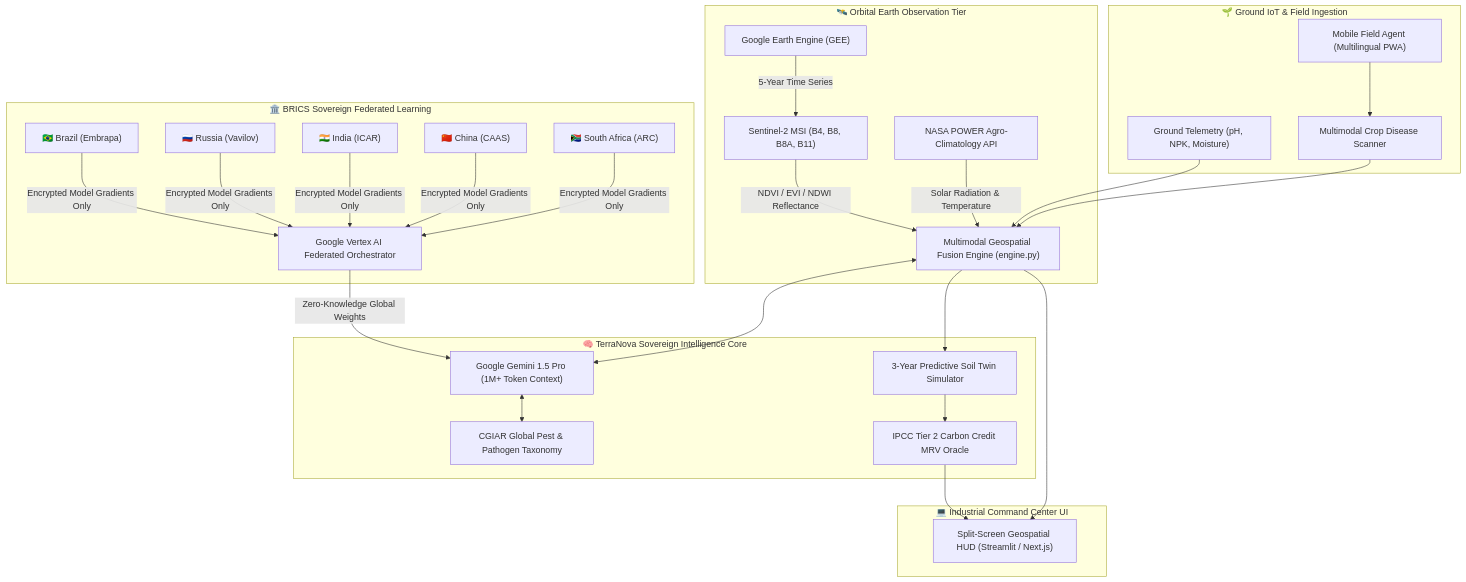
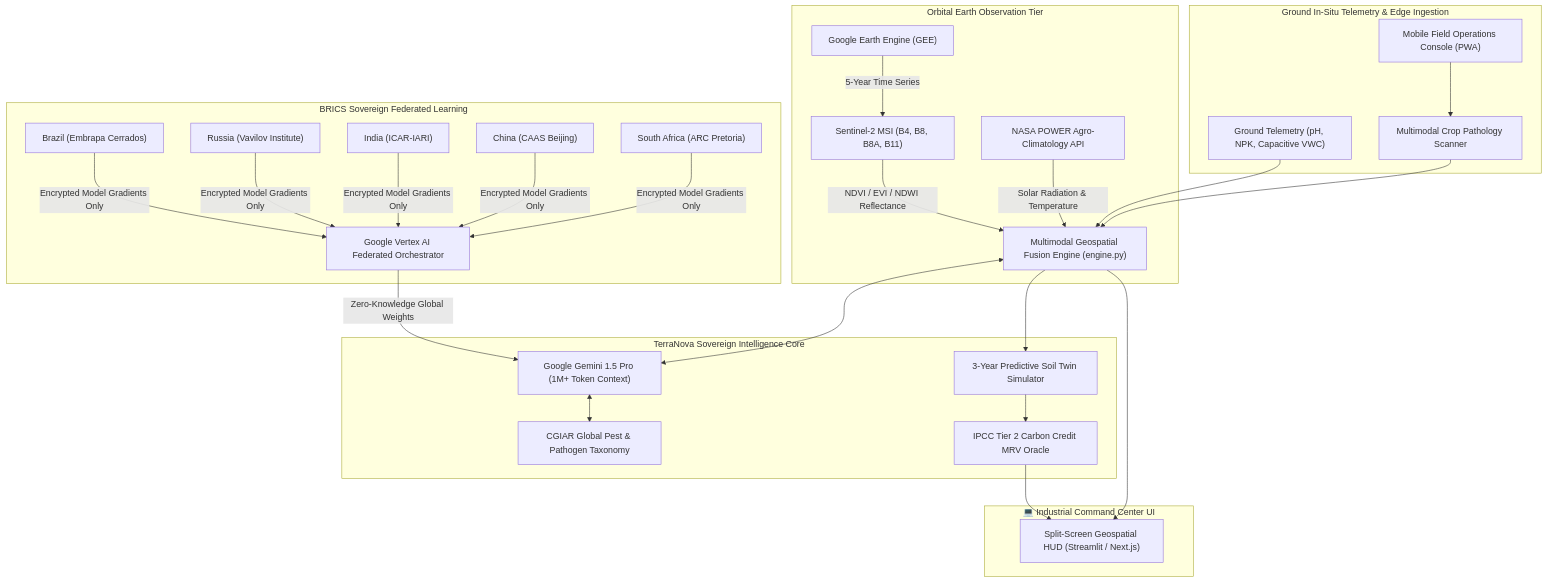
One commit to Sajjad371/terranova-brics changed the diagram in WHITE_PAPER.md. Above: the diagram before and after it, drawn with Mermaid.

Commit message:
docs: polish white paper architecture diagram with enterprise styling

````diff
--- a/WHITE_PAPER.md
+++ b/WHITE_PAPER.md
@@ -18,51 +18,51 @@
 ```mermaid
 flowchart TD
-    subgraph Earth_Observation["🛰️ Orbital Earth Observation Tier"]
+    subgraph Earth_Observation["Orbital Earth Observation Tier"]
         GEE["Google Earth Engine (GEE)"]
         S2["Sentinel-2 MSI (B4, B8, B8A, B11)"]
         NP["NASA POWER Agro-Climatology API"]
         GEE -->|5-Year Time Series| S2
         S2 -->|NDVI / EVI / NDWI Reflectance| FUSION_ENGINE
         NP -->|Solar Radiation & Temperature| FUSION_ENGINE
     end
 
-    subgraph Ground_Tier["🌱 Ground IoT & Field Ingestion"]
-        SOIL_SENSORS["Ground Telemetry (pH, NPK, Moisture)"]
-        FIELD_APP["Mobile Field Agent (Multilingual PWA)"]
-        FOLIAGE_CAM["Multimodal Crop Disease Scanner"]
+    subgraph Ground_Tier["Ground In-Situ Telemetry & Edge Ingestion"]
+        SOIL_SENSORS["Ground Telemetry (pH, NPK, Capacitive VWC)"]
+        FIELD_APP["Mobile Field Operations Console (PWA)"]
+        FOLIAGE_CAM["Multimodal Crop Pathology Scanner"]
         SOIL_SENSORS --> FUSION_ENGINE
         FIELD_APP --> FOLIAGE_CAM
         FOLIAGE_CAM --> FUSION_ENGINE
     end
 
-    subgraph Reasoning_Core["🧠 TerraNova Sovereign Intelligence Core"]
+    subgraph Reasoning_Core["TerraNova Sovereign Intelligence Core"]
         FUSION_ENGINE["Multimodal Geospatial Fusion Engine (engine.py)"]
         GEMINI["Google Gemini 1.5 Pro (1M+ Token Context)"]
         CGIAR["CGIAR Global Pest & Pathogen Taxonomy"]
         TWIN_SIM["3-Year Predictive Soil Twin Simulator"]
         CARBON_ORACLE["IPCC Tier 2 Carbon Credit MRV Oracle"]
         
         FUSION_ENGINE <--> GEMINI
         GEMINI <--> CGIAR
         FUSION_ENGINE --> TWIN_SIM
         TWIN_SIM --> CARBON_ORACLE
     end
 
-    subgraph Sovereign_Gateway["🏛️ BRICS Sovereign Federated Learning"]
+    subgraph Sovereign_Gateway["BRICS Sovereign Federated Learning"]
         VERTEX["Google Vertex AI Federated Orchestrator"]
-        NODE_BR["🇧🇷 Brazil (Embrapa)"]
-        NODE_RU["🇷🇺 Russia (Vavilov)"]
-        NODE_IN["🇮🇳 India (ICAR)"]
-        NODE_CN["🇨🇳 China (CAAS)"]
-        NODE_ZA["🇿🇦 South Africa (ARC)"]
+        NODE_BR["Brazil (Embrapa Cerrados)"]
+        NODE_RU["Russia (Vavilov Institute)"]
+        NODE_IN["India (ICAR-IARI)"]
+        NODE_CN["China (CAAS Beijing)"]
+        NODE_ZA["South Africa (ARC Pretoria)"]
         
         NODE_BR & NODE_RU & NODE_IN & NODE_CN & NODE_ZA -->|Encrypted Model Gradients Only| VERTEX
         VERTEX -->|Zero-Knowledge Global Weights| GEMINI
     end
 
     subgraph Command_Center["💻 Industrial Command Center UI"]
         DASHBOARD["Split-Screen Geospatial HUD (Streamlit / Next.js)"]
         FUSION_ENGINE --> DASHBOARD
         CARBON_ORACLE --> DASHBOARD
     end
 ```
````
